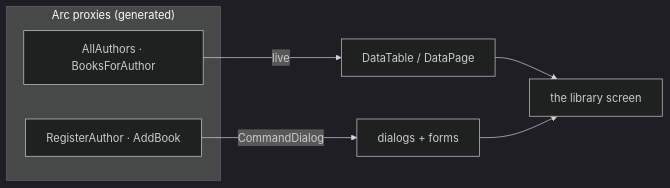
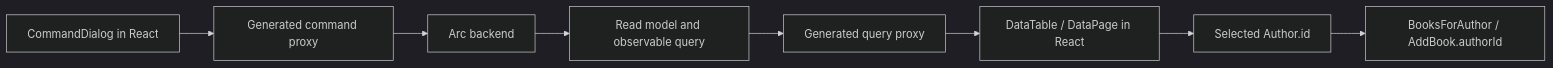
Before and after one commit to Cratis/Components: the diagram in Documentation/tutorial/index.md, drawn with Mermaid (dark theme). The commit also changed other lines of this file and 17 other files, not shown here.

````diff
--- a/Documentation/tutorial/index.md
+++ b/Documentation/tutorial/index.md
@@ -12,11 +27,10 @@
 ```mermaid
 flowchart LR
-    subgraph Backend["Arc proxies (generated)"]
-        Q["AllAuthors · BooksForAuthor"]
-        C["RegisterAuthor · AddBook"]
-    end
-    Q -->|live| T["DataTable / DataPage"]
-    C -->|CommandDialog| D["dialogs + forms"]
-    T --> S["the library screen"]
-    D --> S
+    Form["CommandDialog in React"] --> Command["Generated command proxy"]
+    Command --> Backend["Arc backend"]
+    Backend --> Read["Read model and observable query"]
+    Read --> Query["Generated query proxy"]
+    Query --> Table["DataTable / DataPage in React"]
+    Table --> Selection["Selected Author.id"]
+    Selection --> Books["BooksForAuthor / AddBook.authorId"]
 ```
````
